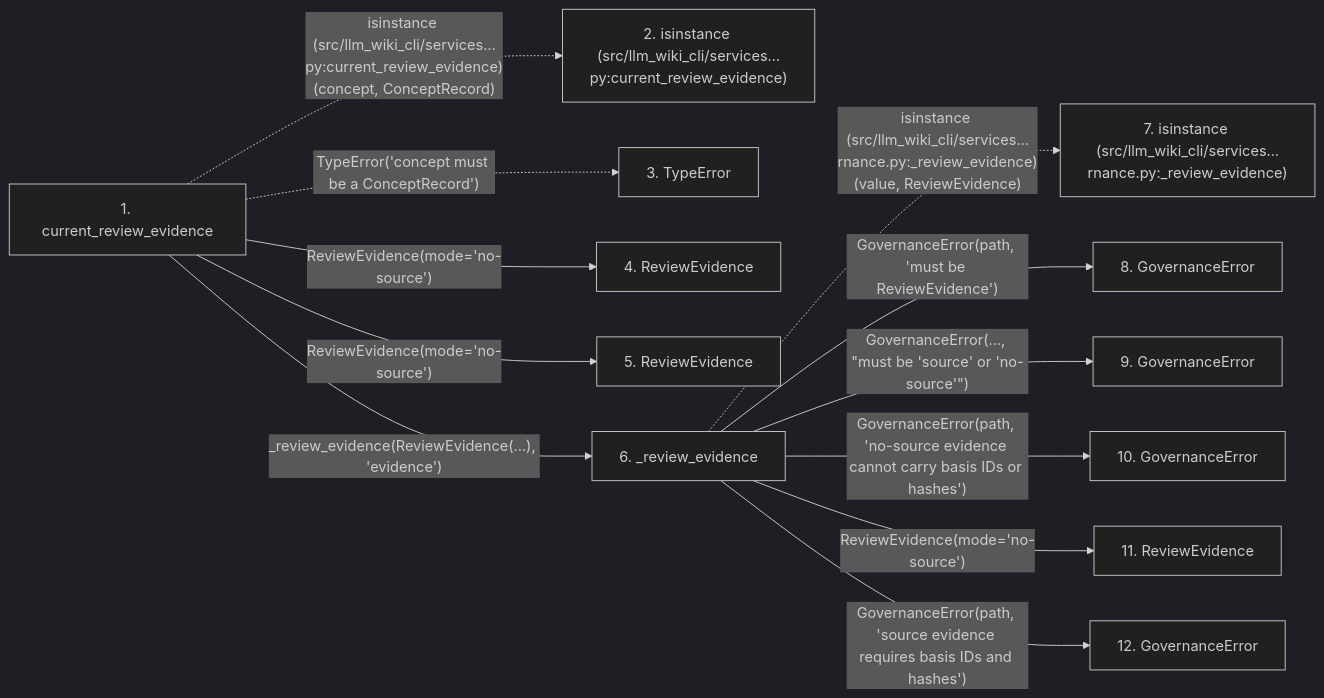
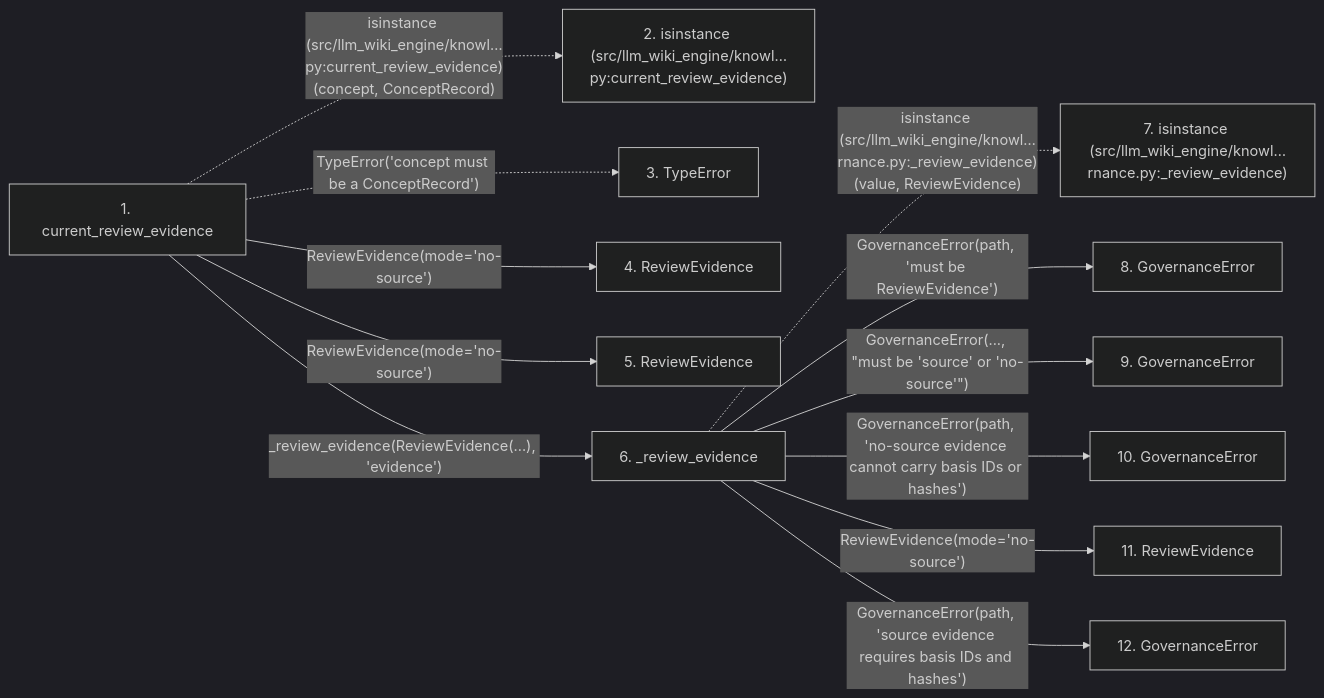
The second of 2 diagrams in docs/llm_wiki/flows/api-current_review_evidence.md (Denissvgn/python-wiki-llm), drawn with Mermaid (dark theme) before and after one commit. The commit also changed other lines of this file and 1058 other files, not shown here.

````diff
--- a/docs/llm_wiki/flows/api-current_review_evidence.md
+++ b/docs/llm_wiki/flows/api-current_review_evidence.md
@@ -124,35 +124,35 @@
 ```mermaid
 flowchart LR
     s1["1. current_review_evidence"]
-    s2["2. isinstance (src/llm_wiki_cli/services…py:current_review_evidence)"]
+    s2["2. isinstance (src/llm_wiki_engine/knowl…py:current_review_evidence)"]
     s3["3. TypeError"]
     s4["4. ReviewEvidence"]
     s5["5. ReviewEvidence"]
     s6["6. _review_evidence"]
-    s7["7. isinstance (src/llm_wiki_cli/services…rnance.py:_review_evidence)"]
+    s7["7. isinstance (src/llm_wiki_engine/knowl…rnance.py:_review_evidence)"]
     s8["8. GovernanceError"]
     s9["9. GovernanceError"]
     s10["10. GovernanceError"]
     s11["11. ReviewEvidence"]
     s12["12. GovernanceError"]
-    s1 -. "isinstance (src/llm_wiki_cli/services…py:current_review_evidence)(concept, ConceptRecord)" .-> s2
+    s1 -. "isinstance (src/llm_wiki_engine/knowl…py:current_review_evidence)(concept, ConceptRecord)" .-> s2
     s1 -. "TypeError('concept must be a ConceptRecord')" .-> s3
     s1 -->|"ReviewEvidence(mode='no-source')"| s4
     s1 -->|"ReviewEvidence(mode='no-source')"| s5
     s1 -->|"_review_evidence(ReviewEvidence(...), 'evidence')"| s6
-    s6 -. "isinstance (src/llm_wiki_cli/services…rnance.py:_review_evidence)(value, ReviewEvidence)" .-> s7
+    s6 -. "isinstance (src/llm_wiki_engine/knowl…rnance.py:_review_evidence)(value, ReviewEvidence)" .-> s7
     s6 -->|"GovernanceError(path, 'must be ReviewEvidence')"| s8
     s6 -->|"GovernanceError(..., #34;must be 'source' or 'no-source'#34;)"| s9
     s6 -->|"GovernanceError(path, 'no-source evidence cannot carry basis IDs or hashes')"| s10
     s6 -->|"ReviewEvidence(mode='no-source')"| s11
     s6 -->|"GovernanceError(path, 'source evidence requires basis IDs and hashes')"| s12
     click s1 "../modules/knowledge_governance.md"
     click s4 "../modules/knowledge_governance.md"
     click s5 "../modules/knowledge_governance.md"
     click s6 "../modules/knowledge_governance.md"
     click s8 "../modules/knowledge_governance.md"
     click s9 "../modules/knowledge_governance.md"
     click s10 "../modules/knowledge_governance.md"
     click s11 "../modules/knowledge_governance.md"
     click s12 "../modules/knowledge_governance.md"
 ```
````
